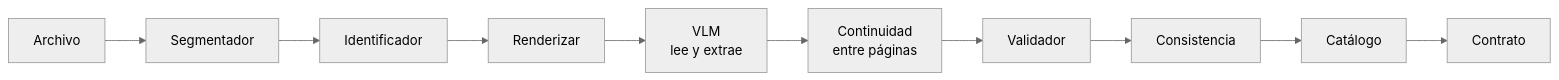
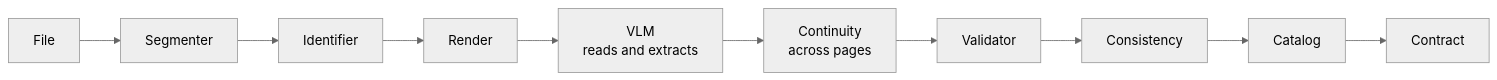
Before and after one commit to mariogarcia-ar/docflow: diagram 15 of 15 in README.md, drawn with Mermaid (neutral theme). The commit also changed other lines of this file, not shown here.

````diff
--- a/README.md
+++ b/README.md
@@ -499,6 +499,6 @@
 ```mermaid
 graph LR
-    A["Archivo"] --> B["Segmentador"] --> C["Identificador"] --> D["Renderizar"]
-    D --> E["VLM<br/>lee y extrae"] --> F["Continuidad<br/>entre páginas"]
-    F --> G["Validador"] --> H["Consistencia"] --> I["Catálogo"] --> J["Contrato"]
+    A["File"] --> B["Segmenter"] --> C["Identifier"] --> D["Render"]
+    D --> E["VLM<br/>reads and extracts"] --> F["Continuity<br/>across pages"]
+    F --> G["Validator"] --> H["Consistency"] --> I["Catalog"] --> J["Contract"]
 ```
````
